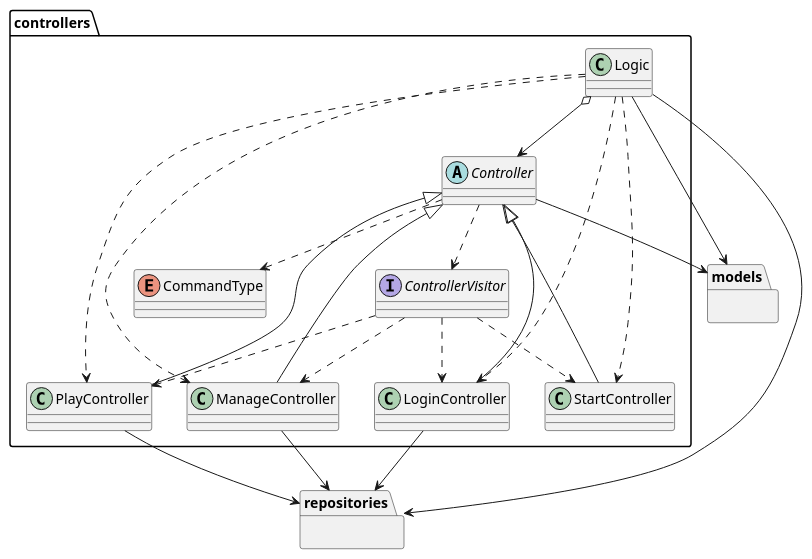
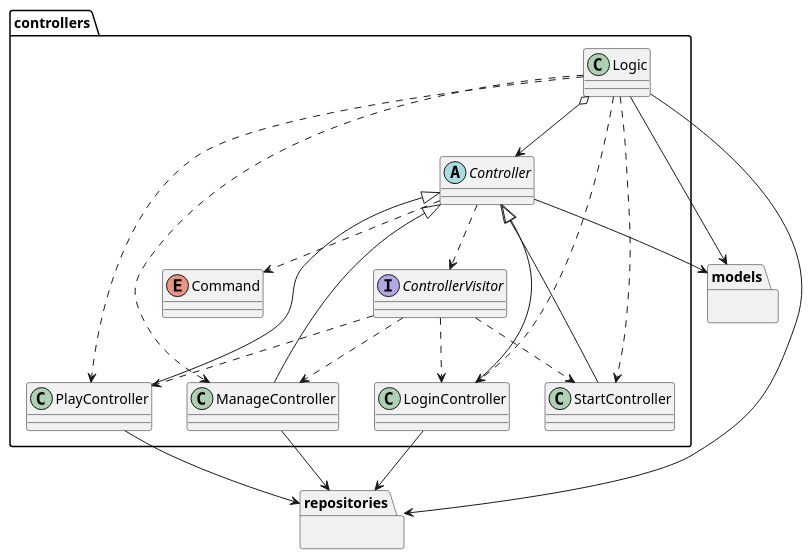
One commit to menthil/tennis-manager changed the diagram in docs/puml/clases-controllers.puml. Above: the diagram before and after it, drawn with PlantUML. The commit also changed 5 other files, not shown here.

Commit message:
Actualización de los diagramas

```diff
--- a/docs/puml/clases-controllers.puml
+++ b/docs/puml/clases-controllers.puml
@@ -1,43 +1,43 @@
 @startuml controllers
 
 package models {}
 package repositories {}
 
 package controllers {
 
-  enum CommandType
+  enum Command
 
   abstract class Controller
   Controller --> models
   Controller ..> ControllerVisitor
-  Controller ..> CommandType
+  Controller ..> Command
 
   interface ControllerVisitor
   ControllerVisitor ..> StartController
   ControllerVisitor ..> LoginController
   ControllerVisitor ..> ManageController
   ControllerVisitor ..> PlayController
 
   class Logic
   Logic --> repositories
   Logic --> models
   Logic o--> Controller
   Logic ..> StartController
   Logic ..> LoginController
   Logic ..> ManageController
   Logic ..> PlayController
 
   class LoginController extends Controller
   LoginController --> repositories
 
   class ManageController extends Controller
   ManageController --> repositories
 
   class PlayController extends Controller
   PlayController --> repositories
 
   class StartController extends Controller
 
 }
 
 @enduml
```
